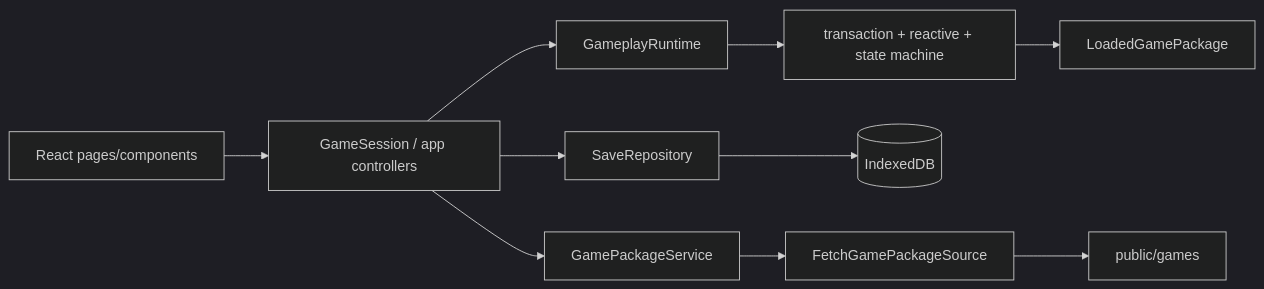
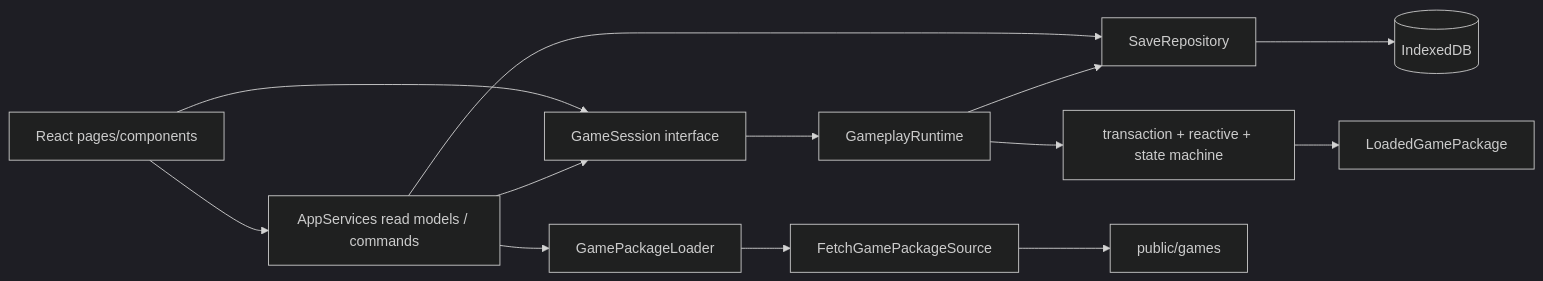
The diagram in docs/technical-spec.md (IanYet/maker-simulator), drawn with Mermaid (dark theme) before and after one commit. The commit also changed other lines of this file and 28 other files, not shown here.

````diff
--- a/docs/technical-spec.md
+++ b/docs/technical-spec.md
@@ -63,12 +63,15 @@
 ```mermaid
 flowchart LR
-    UI[React pages/components] --> Session[GameSession / app controllers]
+    UI[React pages/components] --> App[AppServices read models / commands]
+    UI --> Session[GameSession interface]
+    App --> Session
+    App --> Saves[SaveRepository]
+    App --> Packages[GamePackageLoader]
     Session --> Runtime[GameplayRuntime]
-    Session --> Saves[SaveRepository]
-    Session --> Packages[GamePackageService]
+    Runtime --> Saves
     Runtime --> Engine[transaction + reactive + state machine]
     Engine --> Package[LoadedGamePackage]
     Saves --> IDB[(IndexedDB)]
     Packages --> Fetch[FetchGamePackageSource]
     Fetch --> Public[public/games]
 ```
````
